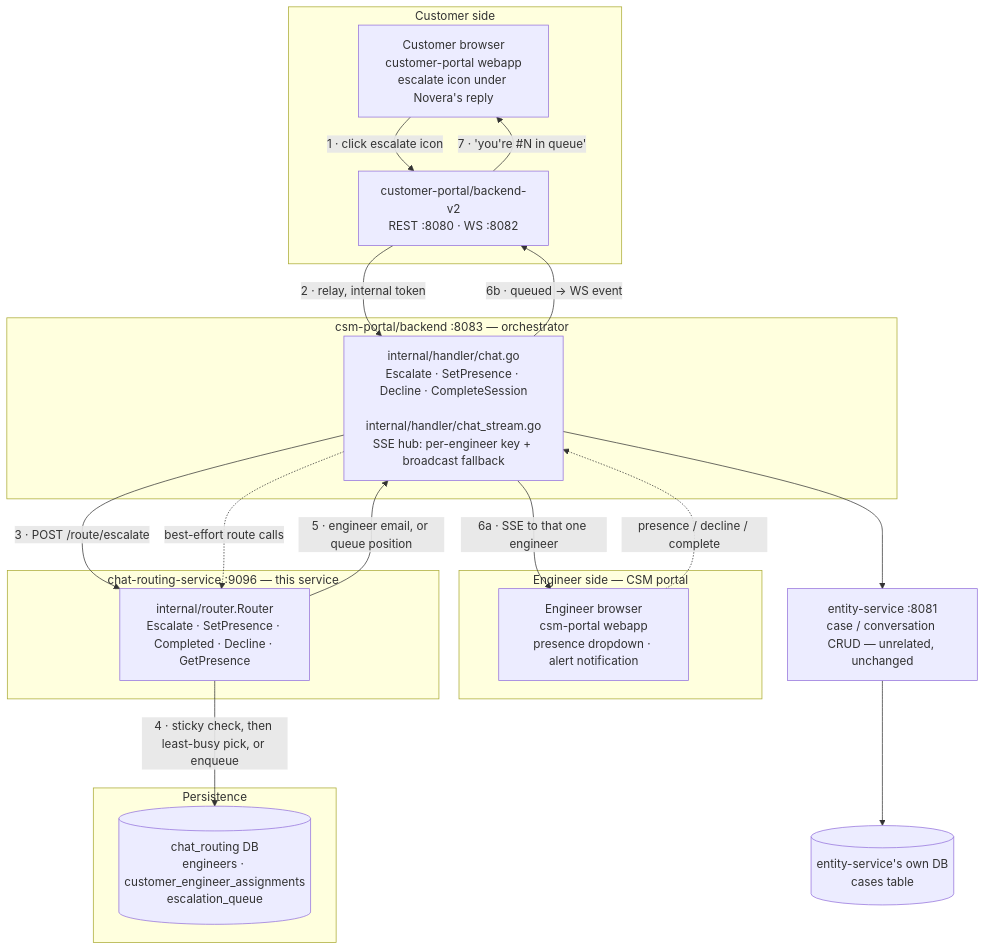
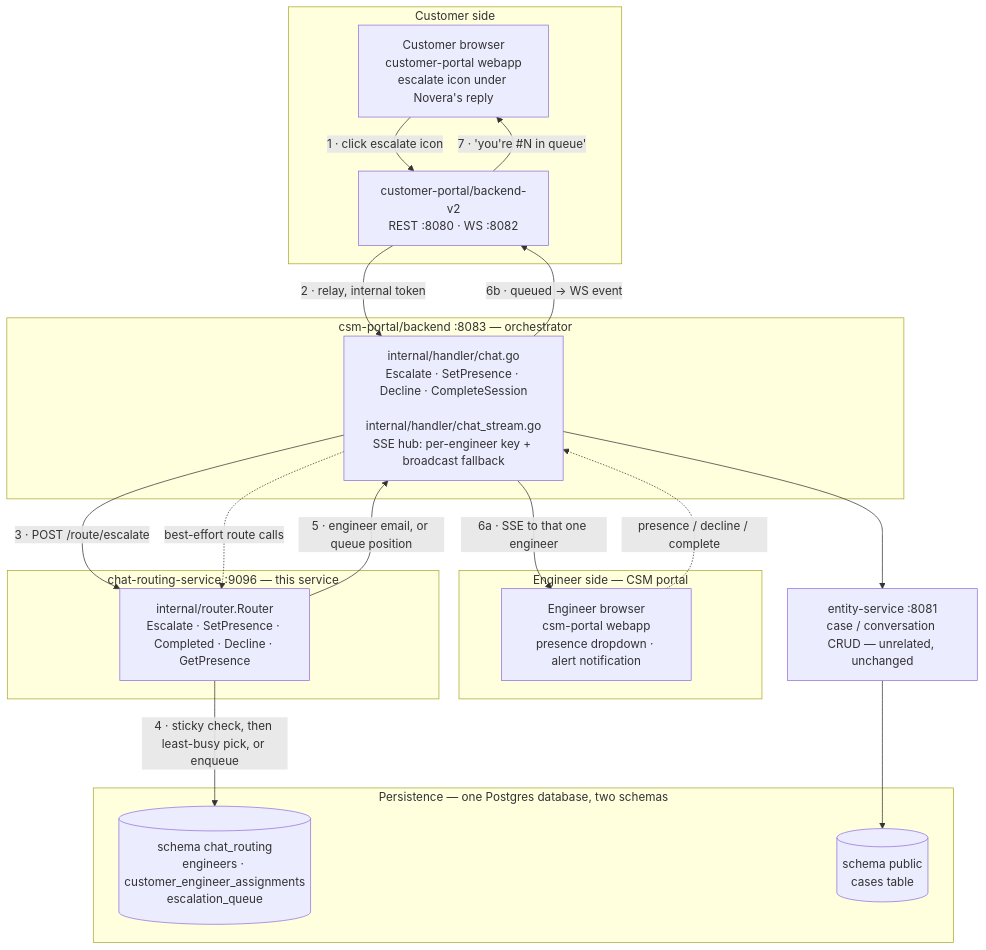
One commit to SeyedRumaiz/wso2-real-time-chat-framework changed the diagram in apps/chat-routing-service/backend/README.md. Above: the diagram before and after it, drawn with Mermaid. The commit also changed other lines of this file and 8 other files, not shown here.

Commit message:
feat: add chat router with its own DB schema

````diff
--- a/apps/chat-routing-service/backend/README.md
+++ b/apps/chat-routing-service/backend/README.md
@@ -20,39 +20,39 @@
 ```mermaid
 flowchart TB
     subgraph CUST["Customer side"]
         A["Customer browser<br/>customer-portal webapp<br/>escalate icon under Novera's reply"]
         C["customer-portal/backend-v2<br/>REST :8080 · WS :8082"]
     end
 
     subgraph ENGS["Engineer side — CSM portal"]
         B["Engineer browser<br/>csm-portal webapp<br/>presence dropdown · alert notification"]
     end
 
     subgraph CSM["csm-portal/backend :8083 — orchestrator"]
         D["internal/handler/chat.go<br/>Escalate · SetPresence · Decline · CompleteSession<br/><br/>internal/handler/chat_stream.go<br/>SSE hub: per-engineer key + broadcast fallback"]
     end
 
     subgraph ROUTE["chat-routing-service :9096 — this service"]
         F["internal/router.Router<br/>Escalate · SetPresence · Completed · Decline · GetPresence"]
     end
 
-    subgraph PG["Persistence"]
-        G[("chat_routing DB<br/>engineers · customer_engineer_assignments<br/>escalation_queue")]
+    subgraph PG["Persistence — one Postgres database, two schemas"]
+        G[("schema chat_routing<br/>engineers · customer_engineer_assignments<br/>escalation_queue")]
+        I[("schema public<br/>cases table")]
     end
 
     H["entity-service :8081<br/>case / conversation CRUD — unrelated, unchanged"]
-    I[("entity-service's own DB<br/>cases table")]
 
     A -->|"1 · click escalate icon"| C
     C -->|"2 · relay, internal token"| D
     D -->|"3 · POST /route/escalate"| F
     F -->|"4 · sticky check, then least-busy pick, or enqueue"| G
     F -->|"5 · engineer email, or queue position"| D
     D -->|"6a · SSE to that one engineer"| B
     D -->|"6b · queued → WS event"| C
     C -->|"7 · 'you're #N in queue'"| A
     B -.->|"presence / decline / complete"| D
     D -.->|"best-effort route calls"| F
     D --> H
     H --> I
 ```
````
